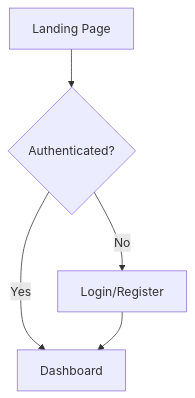
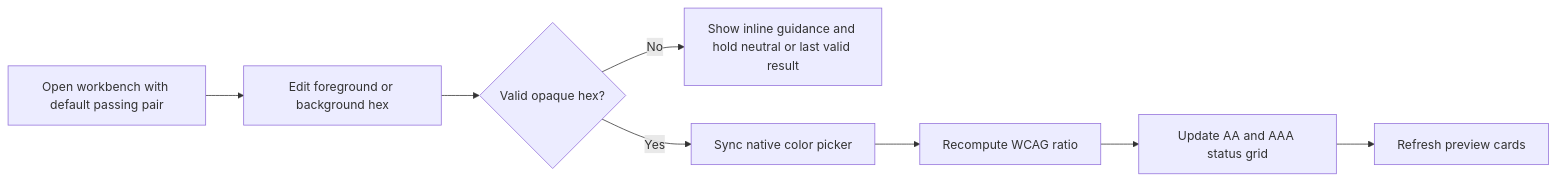
One commit to superiority-claw-agent/contrast-workbench-spark-0606 changed the first of 3 diagrams in docs/ux/ux-spec.md. Above: the diagram before and after it, drawn with Mermaid. The commit also changed other lines of this file and 5 other files, not shown here.

````diff
--- a/docs/ux/ux-spec.md
+++ b/docs/ux/ux-spec.md
@@ -7,7 +11,10 @@
 ```mermaid
-flowchart TD
-    A[Landing Page] --> B{Authenticated?}
-    B -->|No| C[Login/Register]
-    B -->|Yes| D[Dashboard]
-    C --> D
+flowchart LR
+    A[Open workbench with default passing pair] --> B[Edit foreground or background hex]
+    B --> C{Valid opaque hex?}
+    C -->|No| D[Show inline guidance and hold neutral or last valid result]
+    C -->|Yes| E[Sync native color picker]
+    E --> F[Recompute WCAG ratio]
+    F --> G[Update AA and AAA status grid]
+    G --> H[Refresh preview cards]
 ```
````
